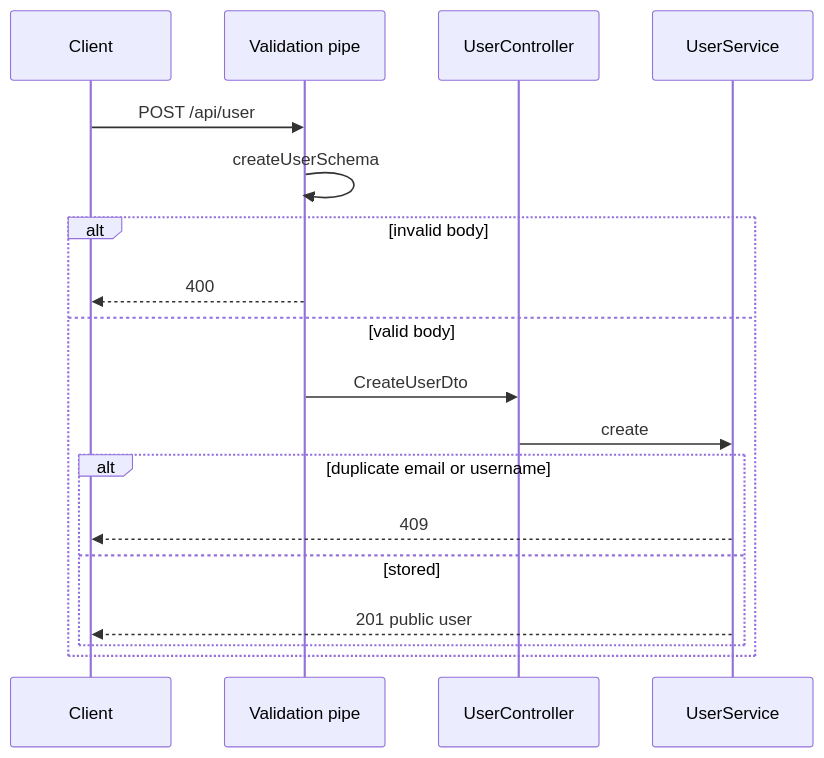
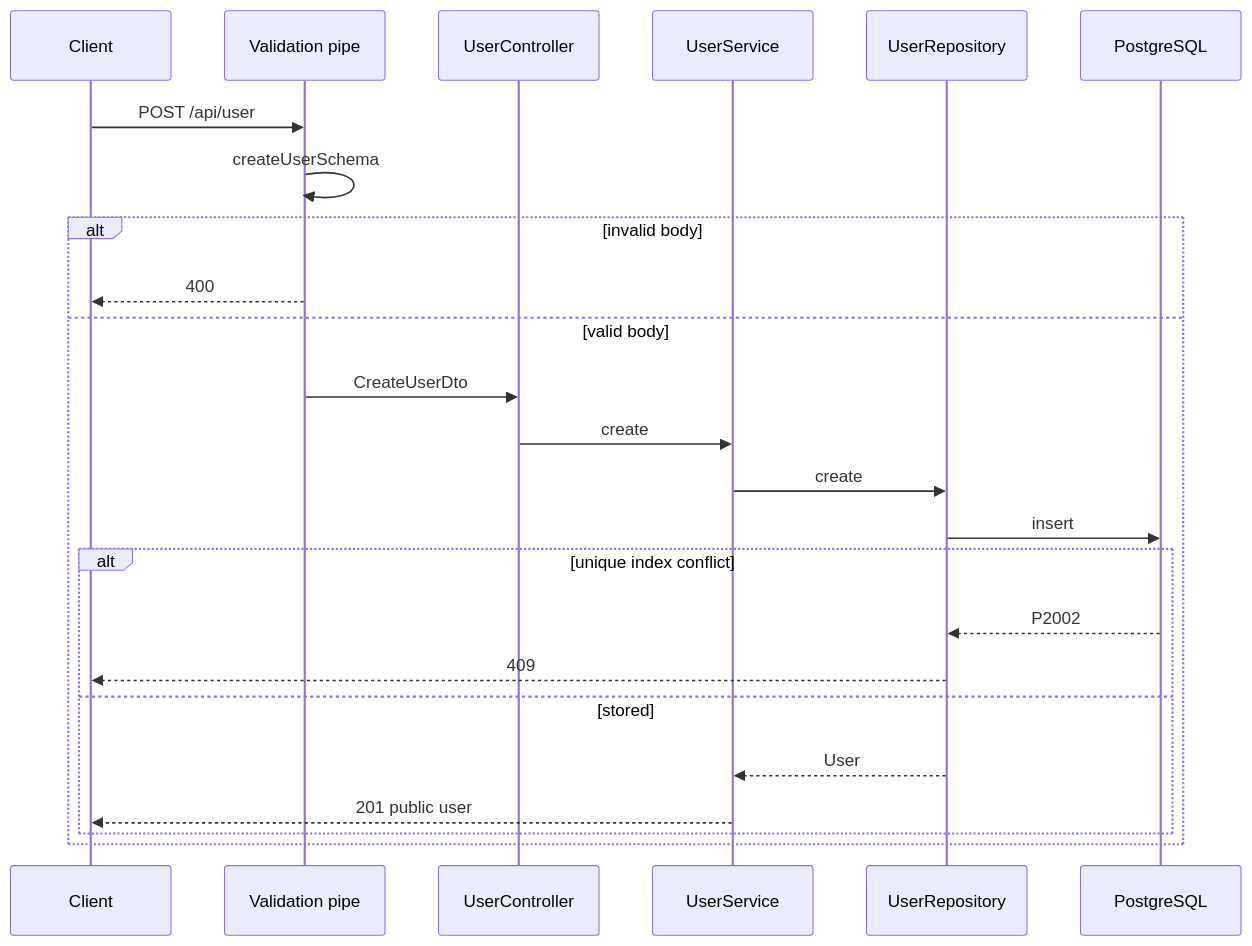
Before and after one commit to isaaclfelix/sample-nestjs-project: the third of 5 diagrams in docs/architecture.md, drawn with Mermaid. The commit also changed other lines of this file and 17 other files, not shown here.

````diff
--- a/docs/architecture.md
+++ b/docs/architecture.md
@@ -149,20 +174,26 @@
 ```mermaid
 sequenceDiagram
   participant C as Client
   participant P as Validation pipe
   participant U as UserController
   participant S as UserService
+  participant R as UserRepository
+  participant DB as PostgreSQL
   C->>P: POST /api/user
   P->>P: createUserSchema
   alt invalid body
     P-->>C: 400
   else valid body
     P->>U: CreateUserDto
     U->>S: create
-    alt duplicate email or username
-      S-->>C: 409
+    S->>R: create
+    R->>DB: insert
+    alt unique index conflict
+      DB-->>R: P2002
+      R-->>C: 409
     else stored
+      R-->>S: User
       S-->>C: 201 public user
     end
   end
 ```
````
